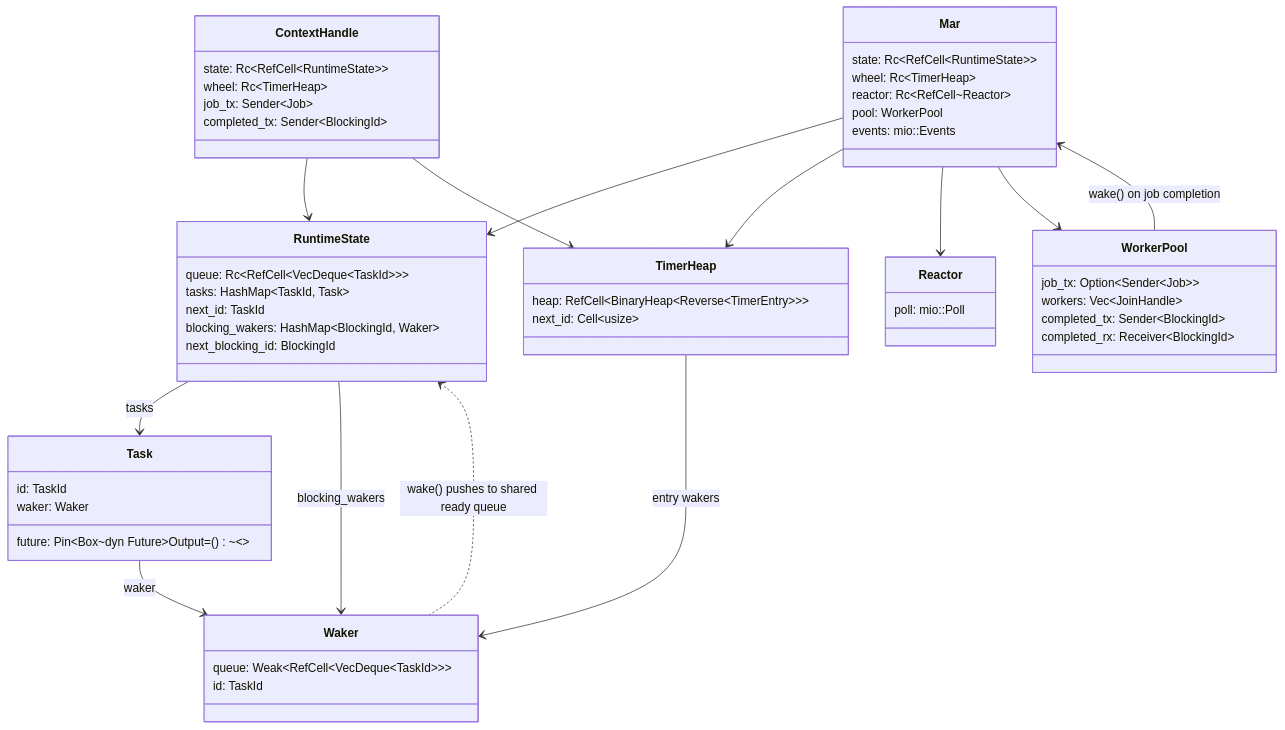
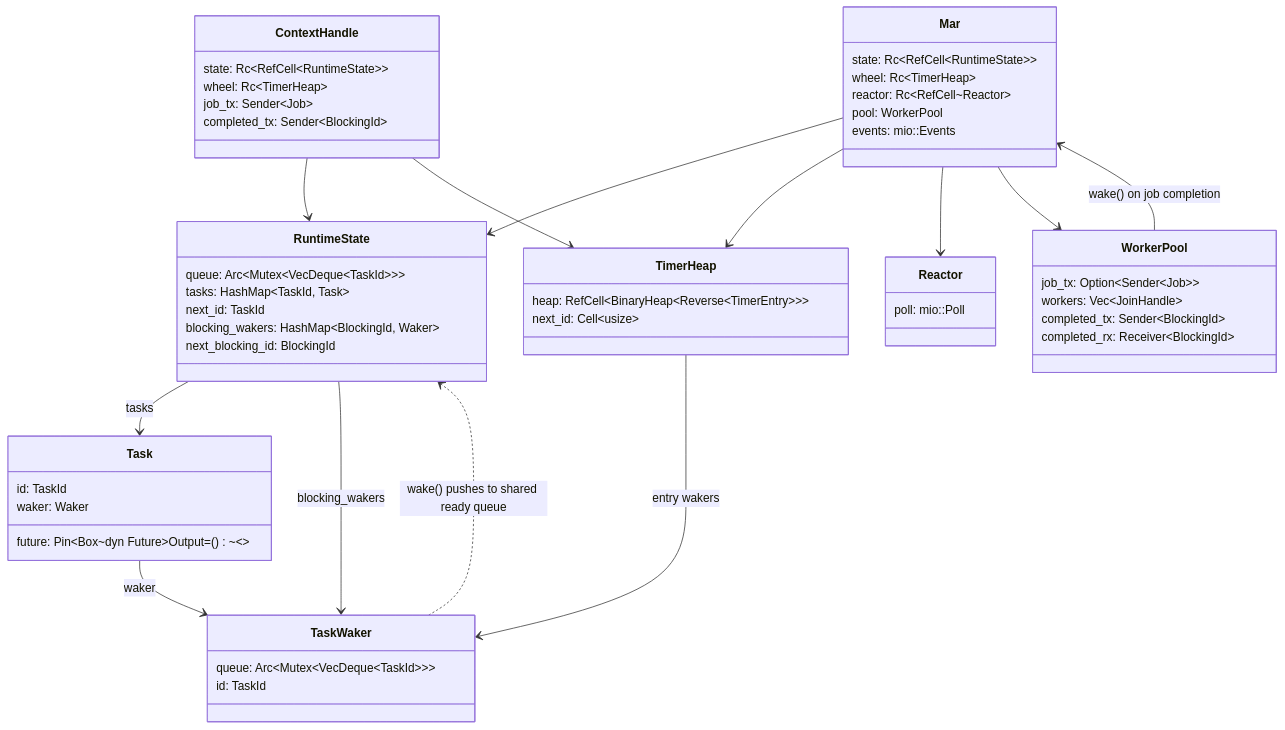
The diagram in docs/runtime-primitives.md (paulpeters144/mini-async-runtime), drawn with Mermaid before and after one commit. The commit also changed 12 other files, not shown here.

Commit message:
refactor: replace RawWakerVTable with std Wake and decouple waker from runtime

````diff
--- a/docs/runtime-primitives.md
+++ b/docs/runtime-primitives.md
@@ -5,67 +5,67 @@
 ```mermaid
 classDiagram
     direction TB
 
     class Mar {
         state: Rc~RefCell~RuntimeState~~
         wheel: Rc~TimerHeap~
         reactor: Rc~RefCell~Reactor~
         pool: WorkerPool
         events: mio::Events
     }
 
     class RuntimeState {
-        queue: Rc~RefCell~VecDeque~TaskId~~~
+        queue: Arc~Mutex~VecDeque~TaskId~~~
         tasks: HashMap~TaskId, Task~
         next_id: TaskId
         blocking_wakers: HashMap~BlockingId, Waker~
         next_blocking_id: BlockingId
     }
 
     class ContextHandle {
         state: Rc~RefCell~RuntimeState~~
         wheel: Rc~TimerHeap~
         job_tx: Sender~Job~
         completed_tx: Sender~BlockingId~
     }
 
     class Task {
         id: TaskId
         waker: Waker
         future: Pin~Box~dyn Future~Output=()~~~
     }
 
-    class Waker {
-        queue: Weak~RefCell~VecDeque~TaskId~~~
+    class TaskWaker {
+        queue: Arc~Mutex~VecDeque~TaskId~~~
         id: TaskId
     }
 
     class TimerHeap {
         heap: RefCell~BinaryHeap~Reverse~TimerEntry~~~
         next_id: Cell~usize~
     }
 
     class WorkerPool {
         job_tx: Option~Sender~Job~~
         workers: Vec~JoinHandle~
         completed_tx: Sender~BlockingId~
         completed_rx: Receiver~BlockingId~
     }
 
     class Reactor {
         poll: mio::Poll
     }
 
     Mar --> RuntimeState
     Mar --> TimerHeap
     Mar --> Reactor
     Mar --> WorkerPool
     ContextHandle --> RuntimeState
     ContextHandle --> TimerHeap
     RuntimeState --> Task : tasks
-    RuntimeState --> Waker : blocking_wakers
-    Task --> Waker : waker
-    Waker ..> RuntimeState : wake() pushes to shared ready queue
-    TimerHeap --> Waker : entry wakers
+    RuntimeState --> TaskWaker : blocking_wakers
+    Task --> TaskWaker : waker
+    TaskWaker ..> RuntimeState : wake() pushes to shared ready queue
+    TimerHeap --> TaskWaker : entry wakers
     WorkerPool --> Mar : wake() on job completion
 ```
````
